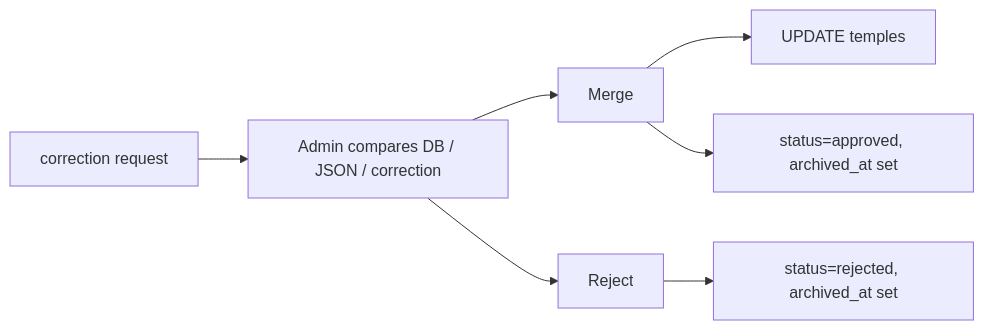
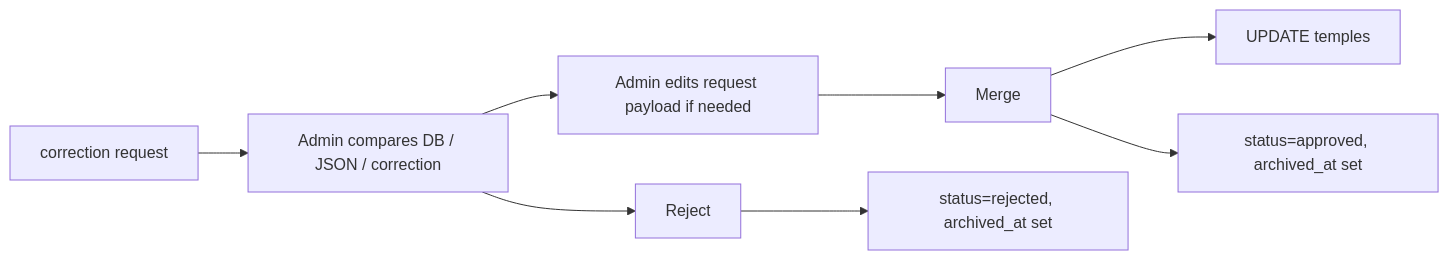
Before and after one commit to leo22092/templedirectory: the seventh of 7 diagrams in ARCHITECTURE.md, drawn with Mermaid. The commit also changed other lines of this file and 4 other files, not shown here.

````diff
--- a/ARCHITECTURE.md
+++ b/ARCHITECTURE.md
@@ -524,9 +559,10 @@
 ```mermaid
 flowchart LR
   Request[correction request] --> Compare[Admin compares DB / JSON / correction]
-  Compare --> Merge[Merge]
+  Compare --> Edit[Admin edits request payload if needed]
+  Edit --> Merge[Merge]
   Merge --> UpdateTemple[UPDATE temples]
   Merge --> Archive[status=approved, archived_at set]
   Compare --> Reject[Reject]
   Reject --> Rejected[status=rejected, archived_at set]
 ```
````
